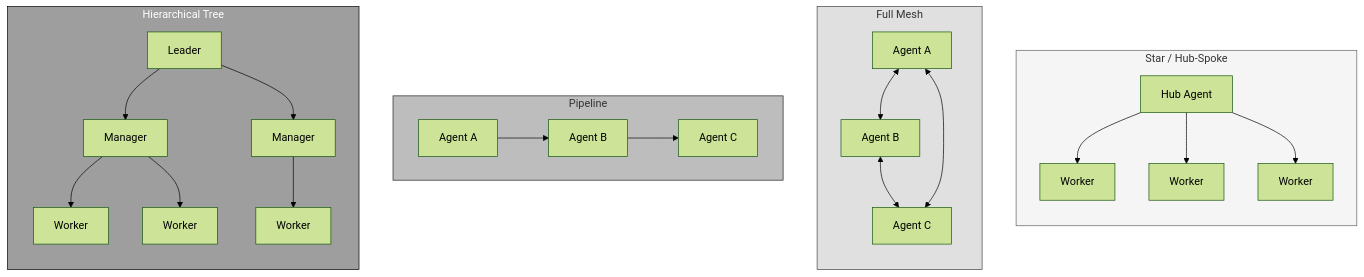
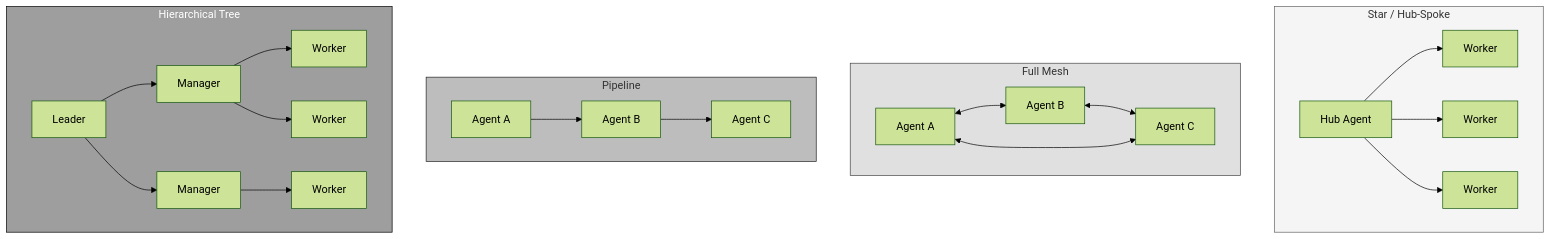
Before and after one commit to Shekharrajak/agent-design-patterns: the first of 6 diagrams in docs/posts/06-multi-agent-system-architecture.md, drawn with Mermaid (forest theme). The commit also changed other lines of this file and 7 other files, not shown here.

Commit message:
fix: resolve Mermaid rendering issues across all chapters

````diff
--- a/docs/posts/06-multi-agent-system-architecture.md
+++ b/docs/posts/06-multi-agent-system-architecture.md
@@ -13,36 +13,31 @@
 ```mermaid
 graph TB
     subgraph STAR["Star / Hub-Spoke"]
-        direction TB
         SH["Hub Agent"] --> SS1["Worker"]
         SH --> SS2["Worker"]
         SH --> SS3["Worker"]
     end
 
     subgraph MESH["Full Mesh"]
-        direction TB
         MA["Agent A"] <--> MB["Agent B"]
         MB <--> MC["Agent C"]
         MA <--> MC
     end
 
     subgraph PIPE["Pipeline"]
-        direction LR
         PA["Agent A"] --> PB["Agent B"] --> PC["Agent C"]
     end
 
     subgraph TREE["Hierarchical Tree"]
-        direction TB
-        TL["Leader"]
-        TL --> TM1["Manager"]
+        TL["Leader"] --> TM1["Manager"]
         TL --> TM2["Manager"]
         TM1 --> TW1["Worker"]
         TM1 --> TW2["Worker"]
         TM2 --> TW3["Worker"]
     end
 
     style STAR fill:#f5f5f5,stroke:#616161
     style MESH fill:#e0e0e0,stroke:#424242
     style PIPE fill:#bdbdbd,stroke:#212121
     style TREE fill:#9e9e9e,stroke:#000,color:#fff
 ```
````
